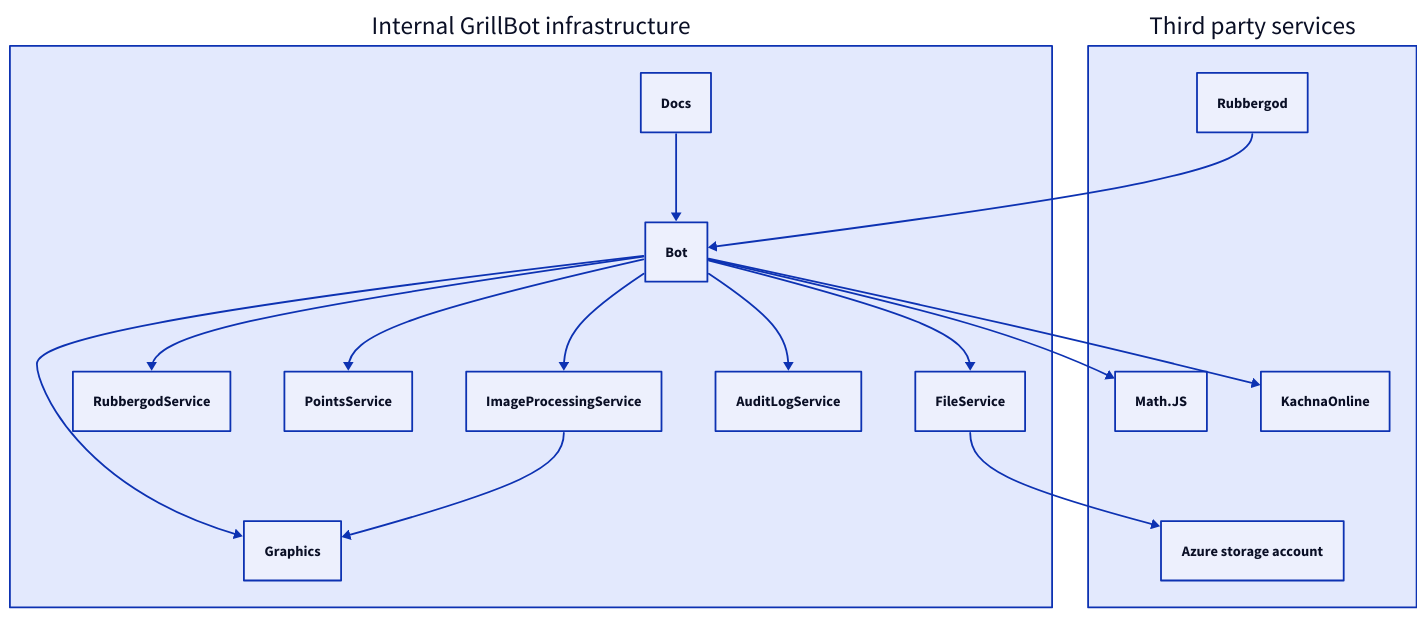
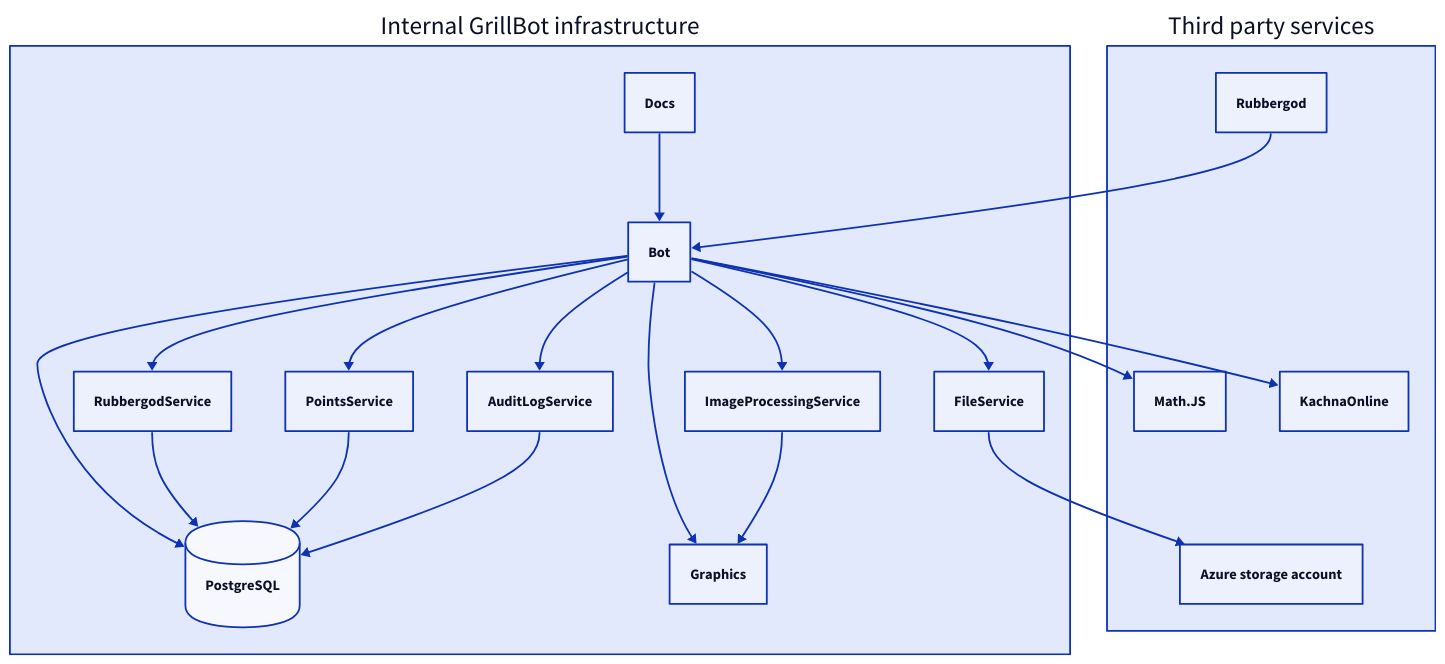
Before and after one commit to GrillBot/grillbot-docs: the diagram in data/communication.d2, drawn with D2.

Commit message:
Added postgres to communication specification

```diff
--- a/data/communication.d2
+++ b/data/communication.d2
@@ -1,17 +1,26 @@
+Internal GrillBot infrastructure.PostgreSQL: {
+  shape: cylinder
+}
+
 Internal GrillBot infrastructure.Bot -> Third party services.Math\.JS
 Internal GrillBot infrastructure.Bot -> Third party services.KachnaOnline
 
 Third party services.Rubbergod -> Internal GrillBot infrastructure.Bot
 
 Internal GrillBot infrastructure.FileService -> Third party services.Azure storage account
 
 Internal GrillBot infrastructure.Docs -> Internal GrillBot infrastructure.Bot
 
 Internal GrillBot infrastructure.Bot -> Internal GrillBot infrastructure.Graphics
 Internal GrillBot infrastructure.Bot -> Internal GrillBot infrastructure.RubbergodService
 Internal GrillBot infrastructure.Bot -> Internal GrillBot infrastructure.PointsService
 Internal GrillBot infrastructure.Bot -> Internal GrillBot infrastructure.FileService
 Internal GrillBot infrastructure.Bot -> Internal GrillBot infrastructure.ImageProcessingService
 Internal GrillBot infrastructure.Bot -> Internal GrillBot infrastructure.AuditLogService
 
 Internal GrillBot infrastructure.ImageProcessingService -> Internal GrillBot infrastructure.Graphics
+
+Internal GrillBot infrastructure.Bot -> Internal GrillBot infrastructure.PostgreSQL
+Internal GrillBot infrastructure.RubbergodService -> Internal GrillBot infrastructure.PostgreSQL
+Internal GrillBot infrastructure.PointsService -> Internal GrillBot infrastructure.PostgreSQL
+Internal GrillBot infrastructure.AuditLogService -> Internal GrillBot infrastructure.PostgreSQL
```
